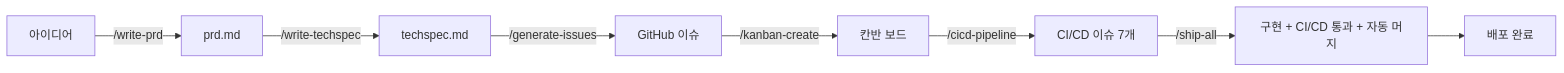
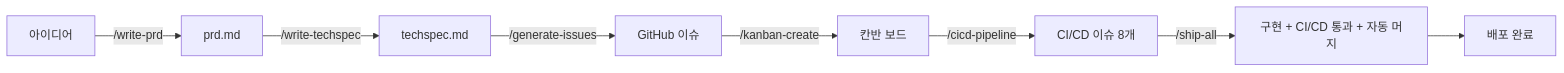
One commit to ischung/go-sdlc-gan changed the third of 3 diagrams in README.md. Above: the diagram before and after it, drawn with Mermaid. The commit also changed other lines of this file, not shown here.

````diff
--- a/README.md
+++ b/README.md
@@ -511,10 +532,10 @@
 ```mermaid
 flowchart LR
     A[아이디어] -->|/write-prd| B[prd.md]
     B -->|/write-techspec| C[techspec.md]
     C -->|/generate-issues| D[GitHub 이슈]
     D -->|/kanban-create| E[칸반 보드]
-    E -->|/cicd-pipeline| F[CI/CD 이슈 7개]
+    E -->|/cicd-pipeline| F[CI/CD 이슈 8개]
     F -->|/ship-all| G[구현 + CI/CD 통과 + 자동 머지]
     G --> H[배포 완료]
 ```
````
